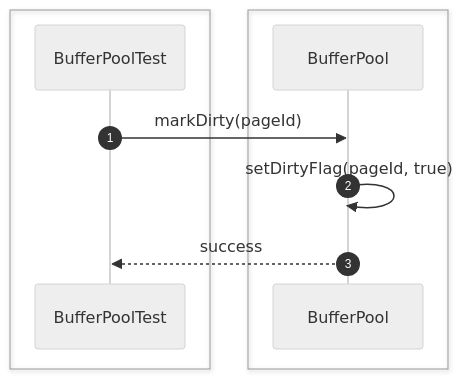
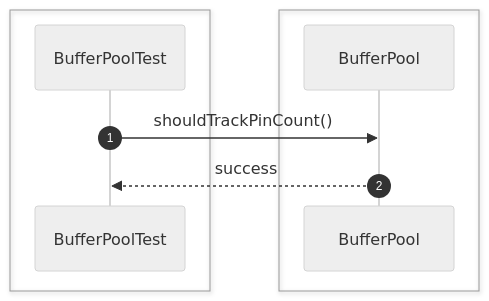
The ninth of 44 diagrams in src/sequence/storage-engine.md (Huy1801214/dbms-architecture), drawn with Mermaid (neutral theme) before and after one commit. The commit also changed other lines of this file and 68 other files, not shown here.

Commit message:
implement comprehensive unit test suite and architectural sequence documentation

````diff
--- a/src/sequence/storage-engine.md
+++ b/src/sequence/storage-engine.md
@@ -150,15 +126,13 @@
 ```mermaid
 sequenceDiagram
     autonumber
-
     box #e1f5fe Test Suite
     participant Test as BufferPoolTest
     end
-    box #e0f2f1 Storage Components
-    participant Buffer as BufferPool
+    box #e0f2f1 BufferPool Component
+    participant BP as BufferPool
     end
 
-    Test->>Buffer: markDirty(pageId)
-    Buffer->>Buffer: setDirtyFlag(pageId, true)
-    Buffer-->>Test: success
+    Test->>BP: shouldTrackPinCount()
+    BP-->>Test: success
 ```
````
